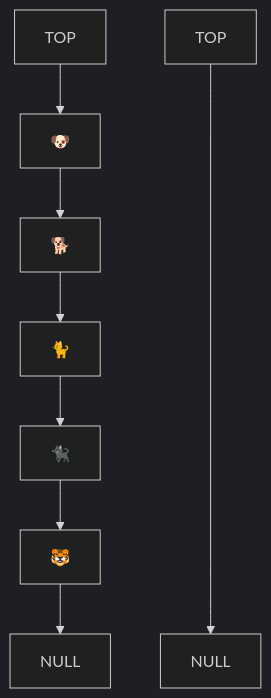
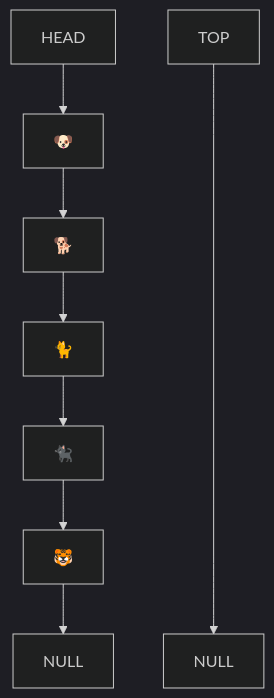
The second of 5 diagrams in javascript/code-challenges/stack-queue-animal-shelter/README.md (rmccrear/data-structures-and-algorithms), drawn with Mermaid (dark theme) before and after one commit. The commit also changed other lines of this file, not shown here.

````diff
--- a/javascript/code-challenges/stack-queue-animal-shelter/README.md
+++ b/javascript/code-challenges/stack-queue-animal-shelter/README.md
@@ -24,7 +24,7 @@
 ```mermaid
 
     graph
-    HEAD[TOP] --> A["🐶"] -->B["🐕"]-->C["🐈"] --> D["🐈‍⬛"]-->E["🐯"] --> TAIL[NULL]
+    HEAD[HEAD] --> A["🐶"] -->B["🐕"]-->C["🐈"] --> D["🐈‍⬛"]-->E["🐯"] --> TAIL[NULL]
 
     HEAD2[TOP]------->TAIL2[NULL]
 ```
````
